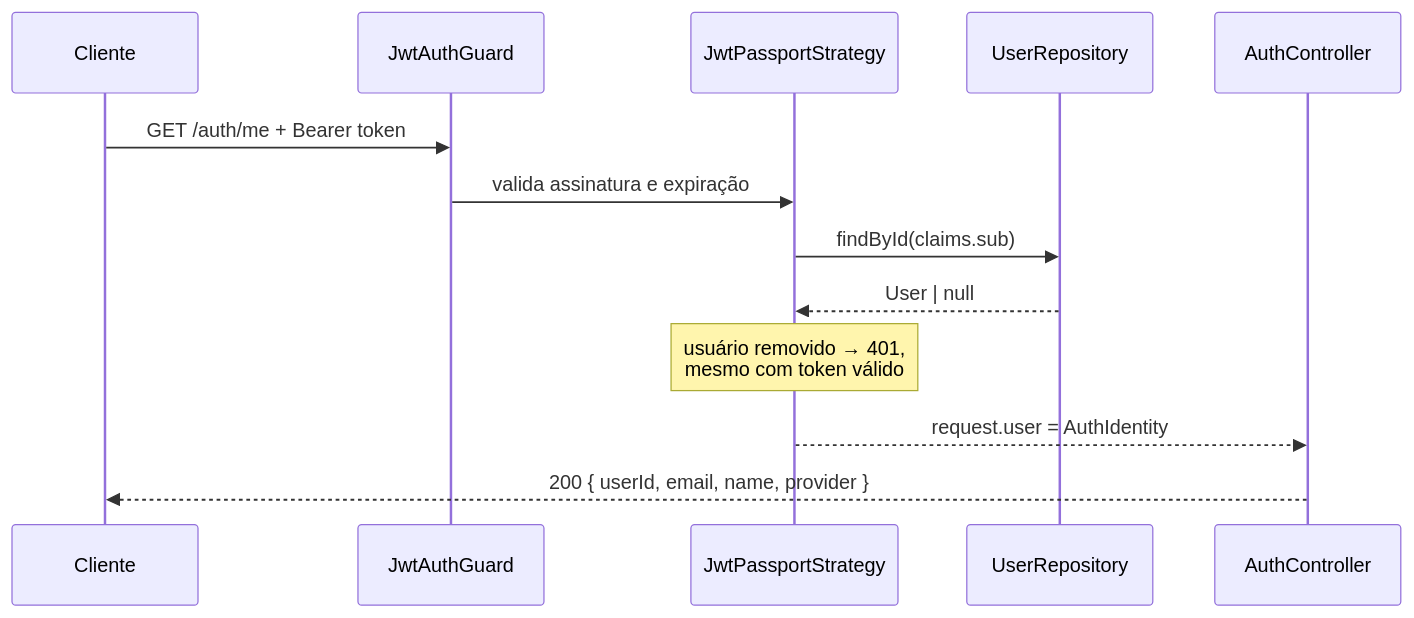
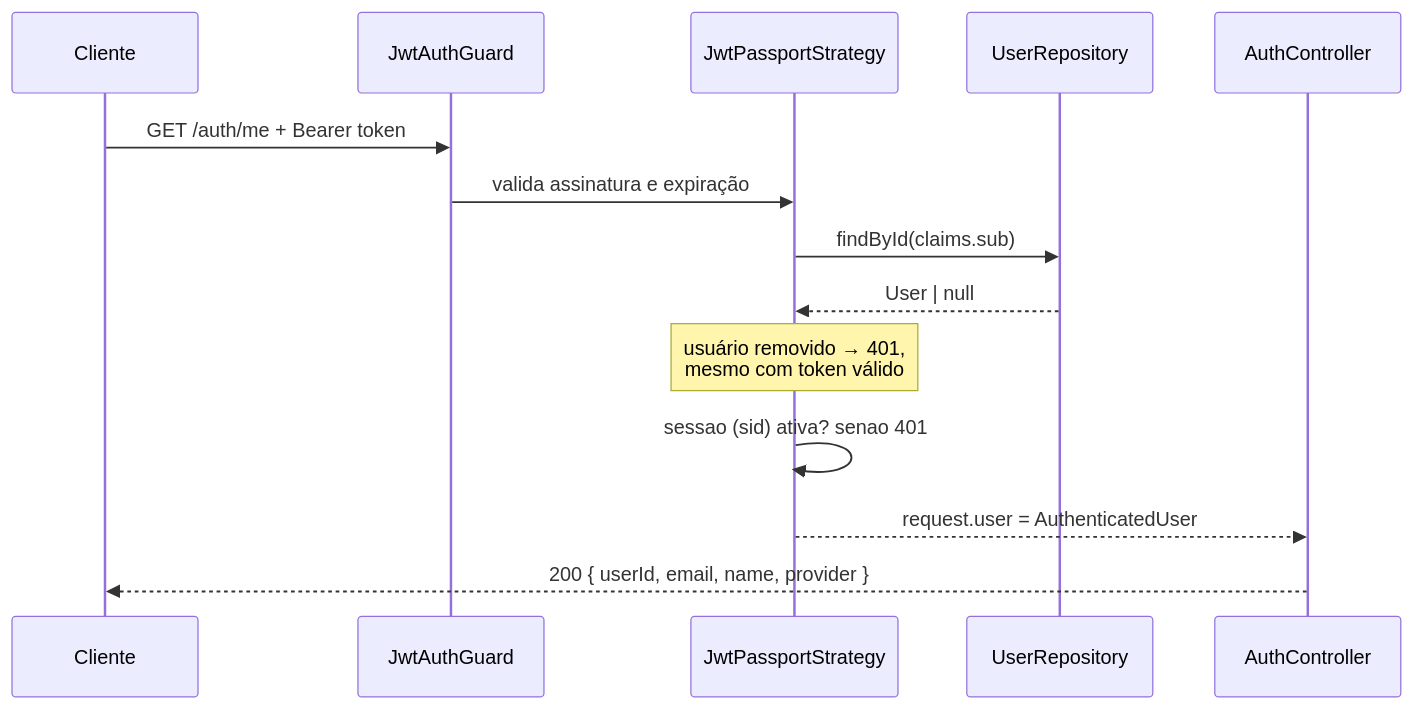
The second of 4 diagrams in backend/docs/authentication-flow.md (thaliaoliveira-tech/ESDM-autenticacao-com-SOLID), drawn with Mermaid before and after one commit. The commit also changed other lines of this file and 141 other files, not shown here.

````diff
--- a/backend/docs/authentication-flow.md
+++ b/backend/docs/authentication-flow.md
@@ -65,16 +65,17 @@
 ```mermaid
 sequenceDiagram
     participant C as Cliente
     participant G as JwtAuthGuard
     participant JS as JwtPassportStrategy
     participant UR as UserRepository
     participant CT as AuthController
 
     C->>G: GET /auth/me + Bearer token
     G->>JS: valida assinatura e expiração
     JS->>UR: findById(claims.sub)
     UR-->>JS: User | null
     Note over JS: usuário removido → 401,<br/>mesmo com token válido
-    JS-->>CT: request.user = AuthIdentity
+    JS->>JS: sessao (sid) ativa? senao 401
+    JS-->>CT: request.user = AuthenticatedUser
     CT-->>C: 200 { userId, email, name, provider }
 ```
````
